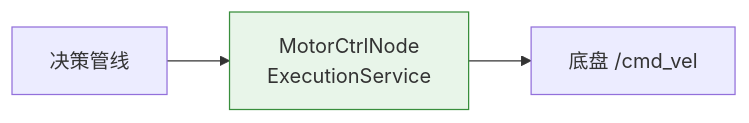
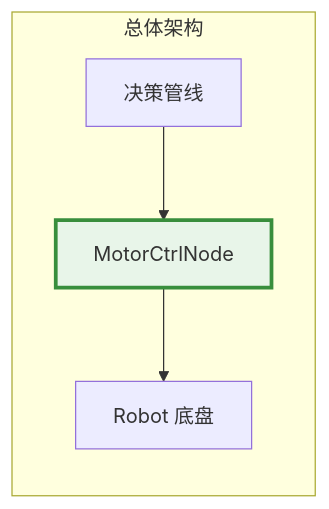
The first of 3 diagrams in doc/subsystems/actuation-pipeline.md (guang-lee-cn/ros2_robot_middleware), drawn with Mermaid before and after one commit. The commit also changed other lines of this file and 7 other files, not shown here.

````diff
--- a/doc/subsystems/actuation-pipeline.md
+++ b/doc/subsystems/actuation-pipeline.md
@@ -5,7 +5,10 @@
 ```mermaid
 flowchart LR
-    DECISION[决策管线] --> M[MotorCtrlNode<br/>ExecutionService]
-    M --> ROBOT[底盘 /cmd_vel]
-    
-    style M fill:#e8f5e9,stroke:#388e3c
+    subgraph arch["总体架构"]
+        D["决策管线"]
+        M[MotorCtrlNode]
+        R["Robot 底盘"]
+    end
+    D --> M --> R
+    style M fill:#e8f5e9,stroke:#388e3c,stroke-width:3px
 ```
````
